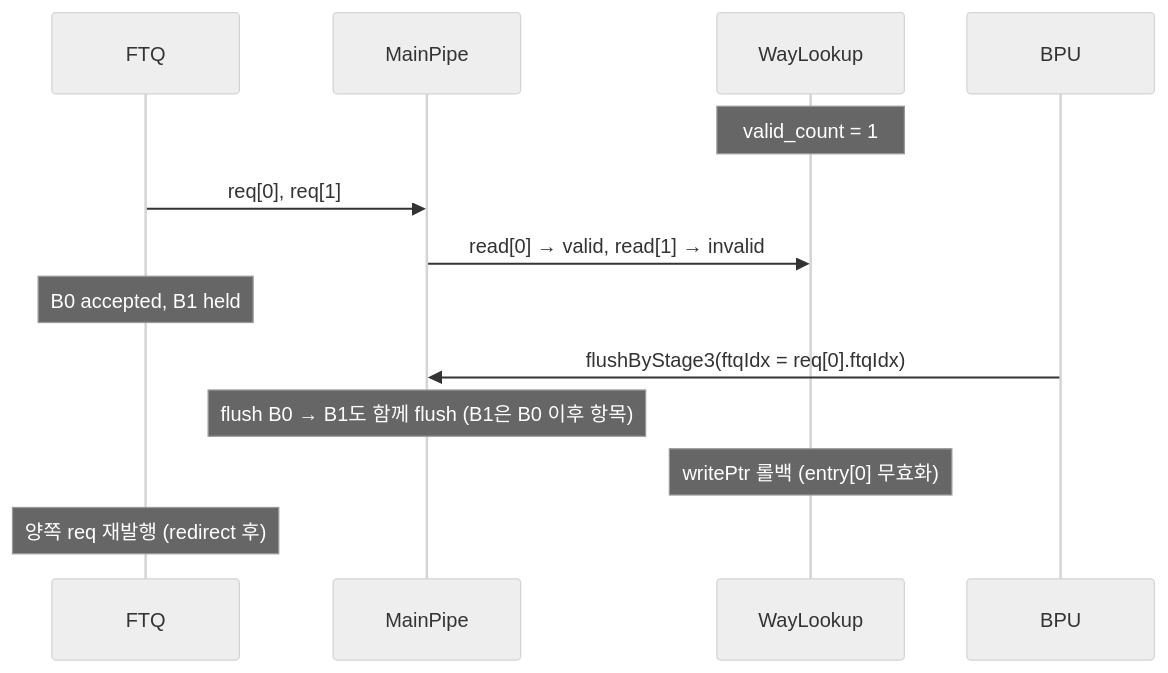
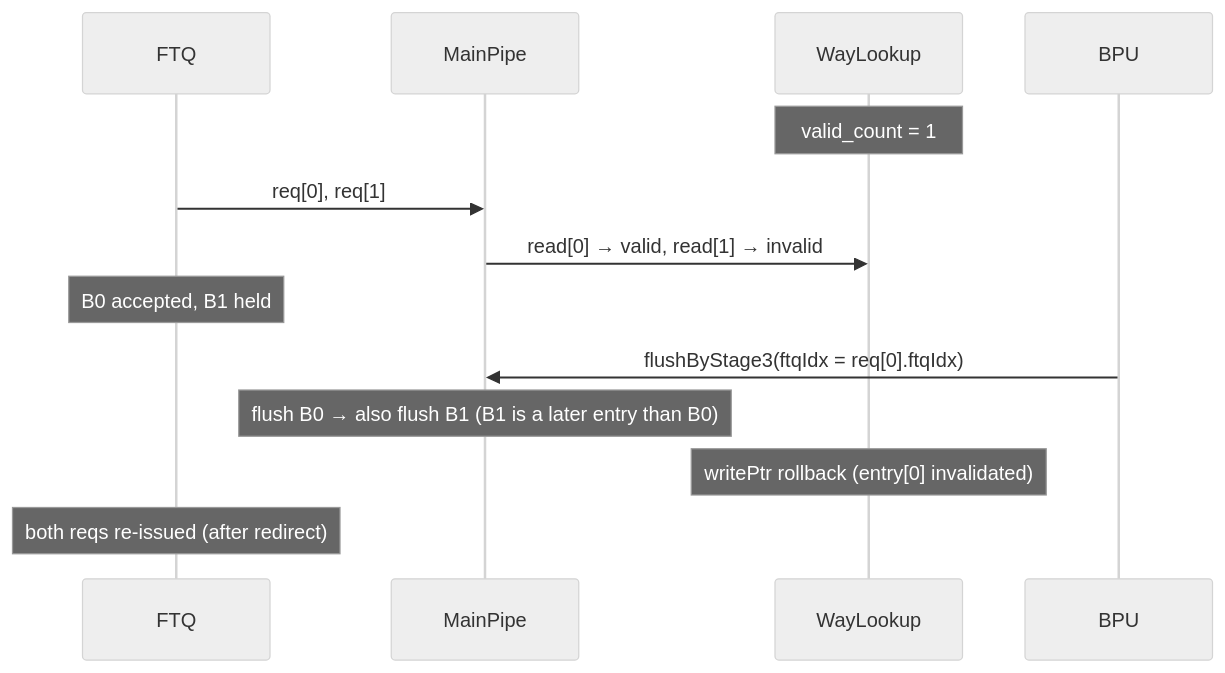
Before and after one commit to cinkeun/CPU_XS_02172026: the fourth of 4 diagrams in src/main/scala/xiangshan/frontend/doc/2fetch_icache_design_req.md, drawn with Mermaid (neutral theme). The commit also changed other lines of this file and 7 other files, not shown here.

````diff
--- a/src/main/scala/xiangshan/frontend/doc/2fetch_icache_design_req.md
+++ b/src/main/scala/xiangshan/frontend/doc/2fetch_icache_design_req.md
@@ -1135,17 +1142,17 @@
 ```mermaid
 sequenceDiagram
     participant FTQ
     participant MP as MainPipe
     participant WL as WayLookup
     participant BPU
 
     Note over WL: valid_count = 1
     FTQ ->> MP: req[0], req[1]
     MP ->> WL: read[0] → valid, read[1] → invalid
     Note over FTQ: B0 accepted, B1 held
 
     BPU ->> MP: flushByStage3(ftqIdx = req[0].ftqIdx)
-    Note over MP: flush B0 → B1도 함께 flush (B1은 B0 이후 항목)
-    Note over WL: writePtr 롤백 (entry[0] 무효화)
-    Note over FTQ: 양쪽 req 재발행 (redirect 후)
+    Note over MP: flush B0 → also flush B1 (B1 is a later entry than B0)
+    Note over WL: writePtr rollback (entry[0] invalidated)
+    Note over FTQ: both reqs re-issued (after redirect)
 ```
````
